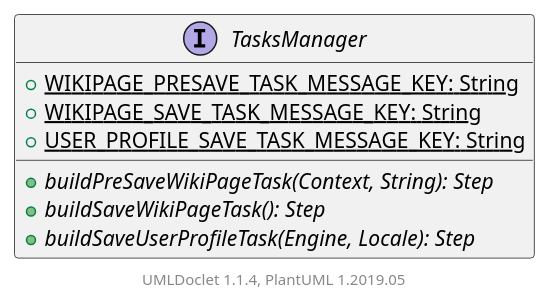
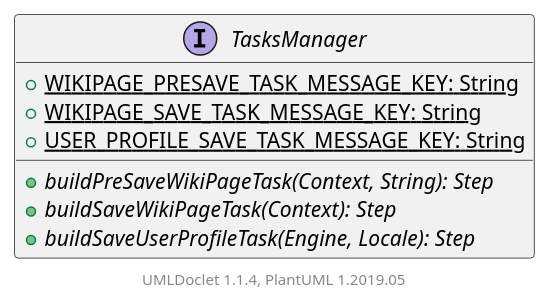
One commit to apache/jspwiki-site changed the diagram in apidocs/2.11.0.M7-SNAPSHOT/org/apache/wiki/tasks/TasksManager.puml. Above: the diagram before and after it, drawn with PlantUML. The commit also changed 1311 other files, not shown here.

```diff
--- a/apidocs/2.11.0.M7-SNAPSHOT/org/apache/wiki/tasks/TasksManager.puml
+++ b/apidocs/2.11.0.M7-SNAPSHOT/org/apache/wiki/tasks/TasksManager.puml
@@ -1,14 +1,14 @@
 @startuml
 
     interface TasksManager [[TasksManager.html]] {
         {static} +WIKIPAGE_PRESAVE_TASK_MESSAGE_KEY: String
         {static} +WIKIPAGE_SAVE_TASK_MESSAGE_KEY: String
         {static} +USER_PROFILE_SAVE_TASK_MESSAGE_KEY: String
         {abstract} +buildPreSaveWikiPageTask(Context, String): Step
-        {abstract} +buildSaveWikiPageTask(): Step
+        {abstract} +buildSaveWikiPageTask(Context): Step
         {abstract} +buildSaveUserProfileTask(Engine, Locale): Step
     }
 
 
     center footer UMLDoclet 1.1.4, PlantUML 1.2019.05
 @enduml
```
